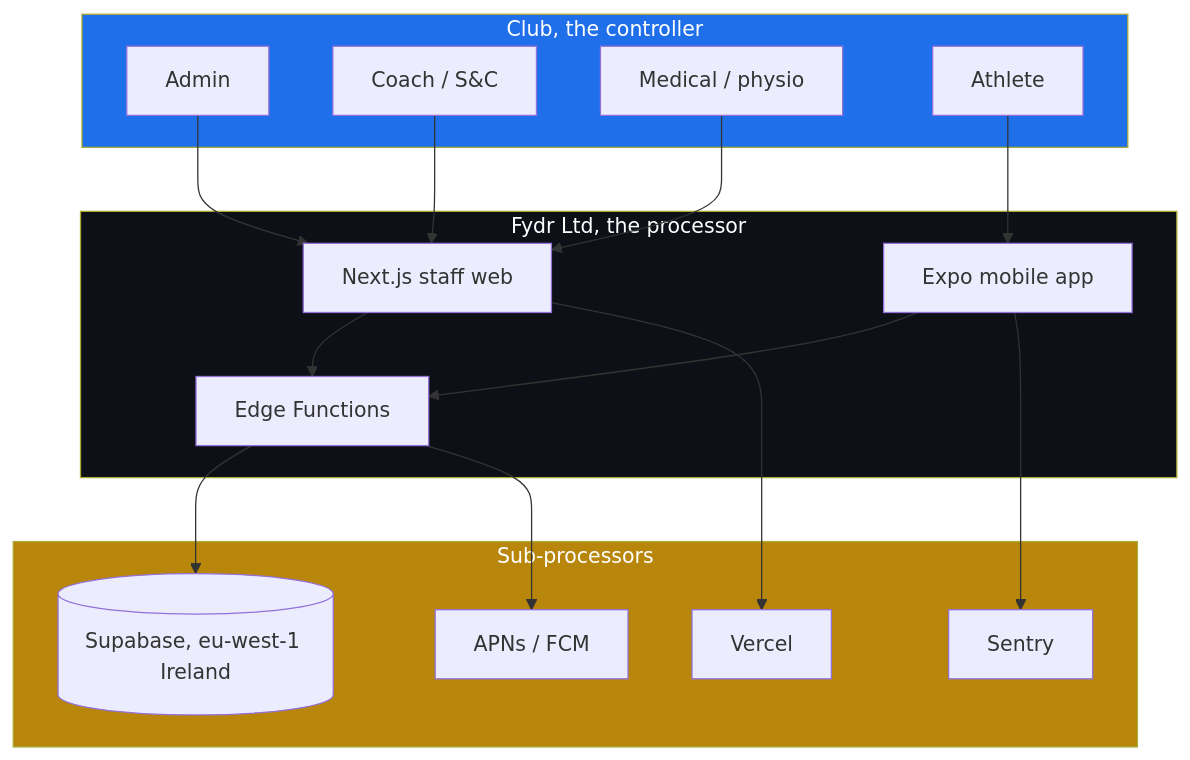
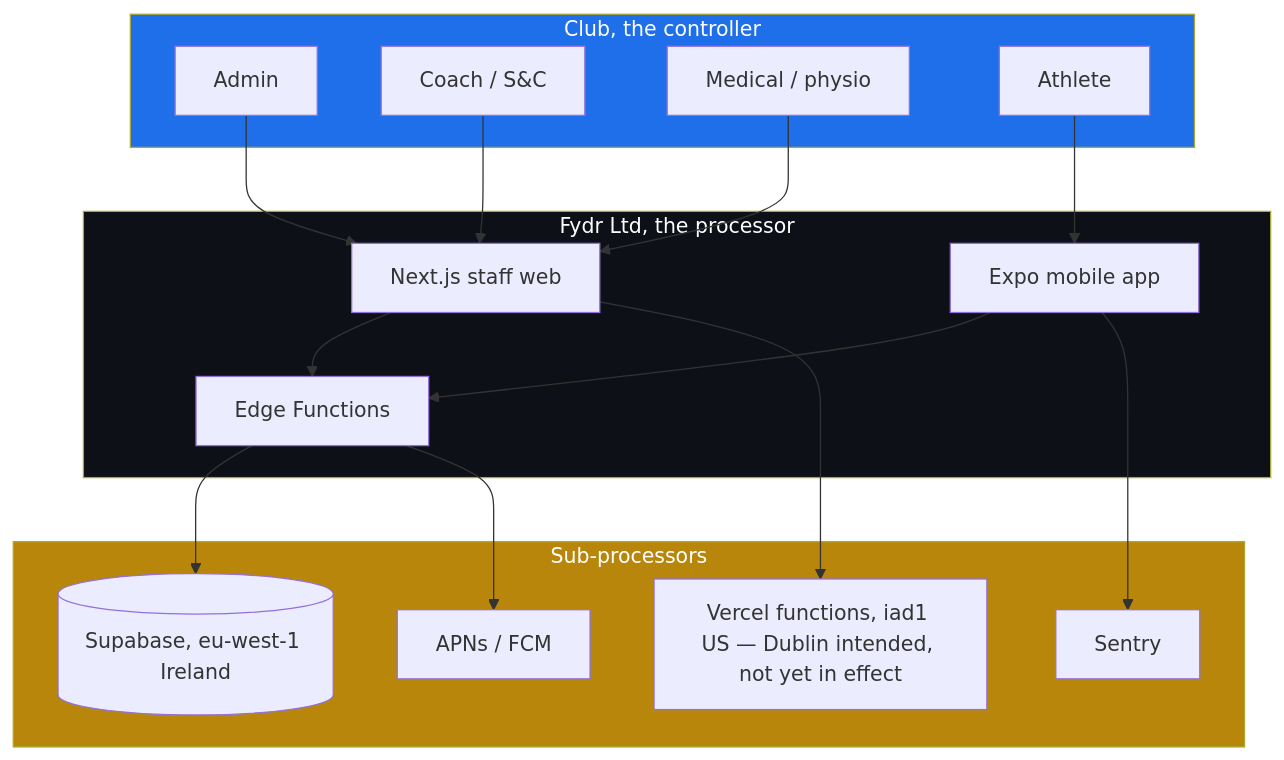
Before and after one commit to isabellasale212/FYDR: the first of 2 diagrams in docs/09-security-and-compliance.md, drawn with Mermaid. The commit also changed other lines of this file and 2 other files, not shown here.

Commit message:
Runbook for the 2026-09-11 deploy; record current live redeploy, function region still iad1, and the prebuild-noise item (§0ao)

````diff
--- a/docs/09-security-and-compliance.md
+++ b/docs/09-security-and-compliance.md
@@ -124,37 +124,37 @@
 ```mermaid
 graph TB
     subgraph CLUB["Club, the controller"]
         AD[Admin]
         CO[Coach / S&C]
         ME[Medical / physio]
         AT[Athlete]
     end
 
     subgraph FYDR["Fydr Ltd, the processor"]
         APP[Expo mobile app]
         WEB[Next.js staff web]
         EF[Edge Functions]
     end
 
     subgraph SUB["Sub-processors"]
         SB[(Supabase, eu-west-1 Ireland)]
-        VC[Vercel]
+        VC[Vercel functions, iad1 US — Dublin intended, not yet in effect]
         AP[APNs / FCM]
         SE[Sentry]
     end
 
     AT --> APP
     CO --> WEB
     ME --> WEB
     AD --> WEB
     APP --> EF
     WEB --> EF
     EF --> SB
     WEB --> VC
     EF --> AP
     APP --> SE
 
     style CLUB fill:#1f6feb,color:#fff
     style FYDR fill:#0d1117,color:#fff
     style SUB fill:#b8860b,color:#fff
 ```
````
